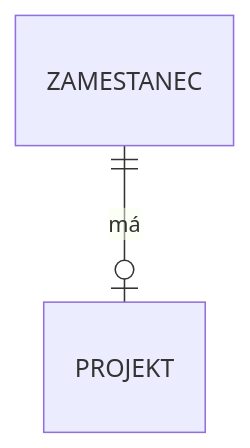
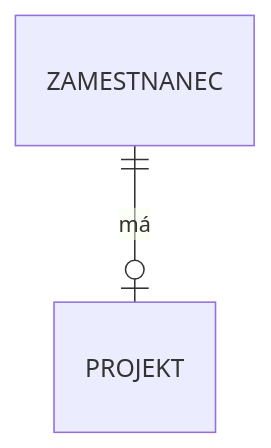
The first of 2 diagrams in docs/informatika/Databázové systémy/relacni_databaze.md (Bahamut731lp/wiki), drawn with Mermaid before and after one commit. The commit also changed other lines of this file, not shown here.

````diff
--- a/docs/informatika/Databázové systémy/relacni_databaze.md
+++ b/docs/informatika/Databázové systémy/relacni_databaze.md
@@ -39,4 +58,4 @@
     ```mermaid
     erDiagram
-        ZAMESTANEC ||--o| PROJEKT : "má"
+        ZAMESTNANEC ||--o| PROJEKT : "má"
     ```
````
